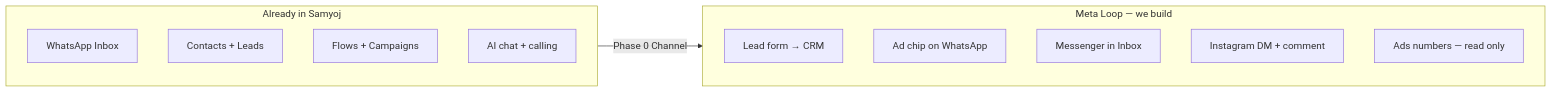
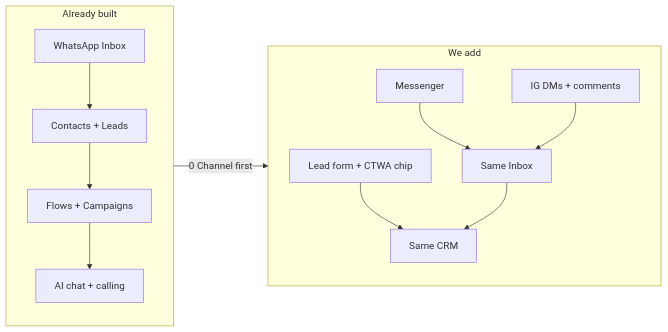
The second of 12 diagrams in docs/product/META_LOOP_PRESENTATION_2026-09-18.md (teamwebstarts-cmyk/Samyoj), drawn with Mermaid before and after one commit. The commit also changed other lines of this file and 2 other files, not shown here.

First line of the commit message:
docs: update META_ECOSYSTEM_V2_PLAN_2026-09-18.md and META_LOOP_PRESENTATION_2026-09-18.md for clarity and consistency

````diff
--- a/docs/product/META_LOOP_PRESENTATION_2026-09-18.md
+++ b/docs/product/META_LOOP_PRESENTATION_2026-09-18.md
@@ -19,19 +35,21 @@
 ```mermaid
 flowchart LR
-  subgraph SHIPPED["Already in Samyoj"]
+  subgraph TODAY["Already built"]
     WA[WhatsApp Inbox]
     CRM[Contacts + Leads]
     FLOW[Flows + Campaigns]
     AI[AI chat + calling]
+    WA --> CRM --> FLOW --> AI
   end
 
-  subgraph LOOP["Meta Loop — we build"]
-    P1[Lead form → CRM]
-    P2[Ad chip on WhatsApp]
-    P3[Messenger in Inbox]
-    P4[Instagram DM + comment]
-    P5[Ads numbers — read only]
+  subgraph LOOP["We add"]
+    ADS[Lead form + CTWA chip]
+    FB[Messenger]
+    IG[IG DMs + comments]
+    ADS --> CRM2[Same CRM]
+    FB --> INBOX[Same Inbox]
+    IG --> INBOX --> CRM2
   end
 
-  SHIPPED -->|"Phase 0 Channel"| LOOP
+  TODAY -->|"0 Channel first"| LOOP
 ```
````
